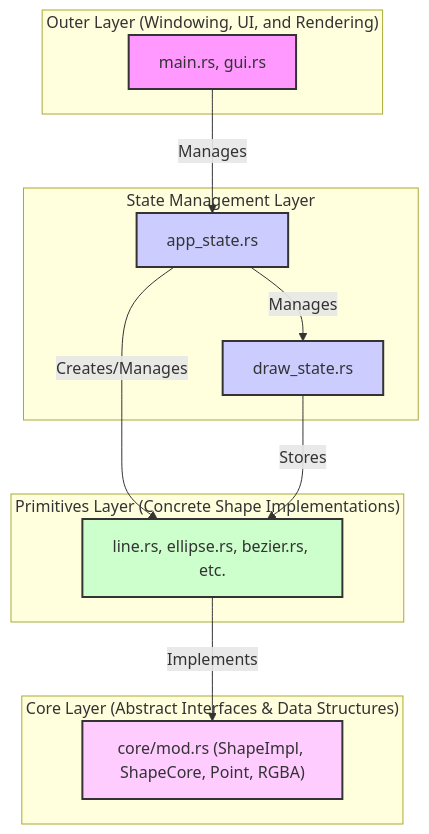
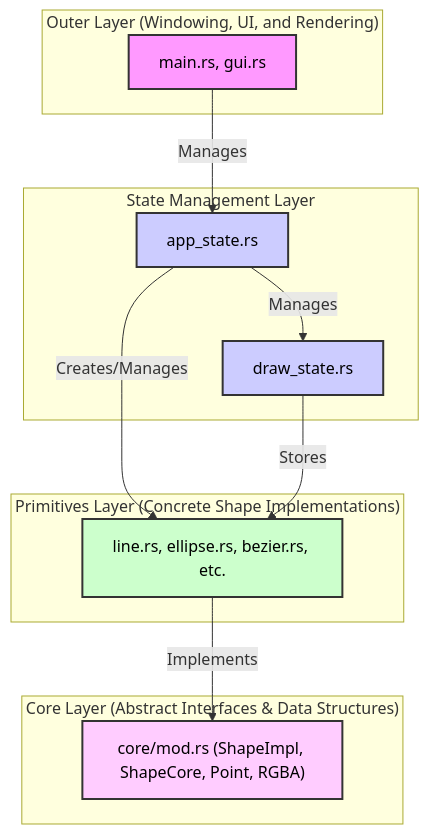
Before and after one commit to Rcontre360/ucv-intro-grafica: the diagram in proyecto-1/README.md, drawn with Mermaid.

````diff
--- a/proyecto-1/README.md
+++ b/proyecto-1/README.md
@@ -45,30 +45,30 @@
 ```mermaid
 graph TD
     subgraph "Outer Layer (Windowing, UI, and Rendering)"
         A["main.rs, gui.rs"]
-        style A fill:#f9f,stroke:#333,stroke-width:2px
+        style A fill:#f9f,stroke:#333,stroke-width:2px,color:#000
     end
 
     subgraph "State Management Layer"
         B["app_state.rs"]
         C["draw_state.rs"]
-        style B fill:#ccf,stroke:#333,stroke-width:2px
-        style C fill:#ccf,stroke:#333,stroke-width:2px
+        style B fill:#ccf,stroke:#333,stroke-width:2px,color:#000
+        style C fill:#ccf,stroke:#333,stroke-width:2px,color:#000
     end
 
     subgraph "Primitives Layer (Concrete Shape Implementations)"
         D["line.rs, ellipse.rs, bezier.rs, etc."]
-        style D fill:#cfc,stroke:#333,stroke-width:2px
+        style D fill:#cfc,stroke:#333,stroke-width:2px,color:#000
     end
 
     subgraph "Core Layer (Abstract Interfaces & Data Structures)"
         E["core/mod.rs (ShapeImpl, ShapeCore, Point, RGBA)"]
-        style E fill:#fcf,stroke:#333,stroke-width:2px
+        style E fill:#fcf,stroke:#333,stroke-width:2px,color:#000
     end
 
     A -- "Manages" --> B
     B -- "Manages" --> C
     B -- "Creates/Manages" --> D
     C -- "Stores" --> D
     D -- "Implements" --> E
 ```
````
